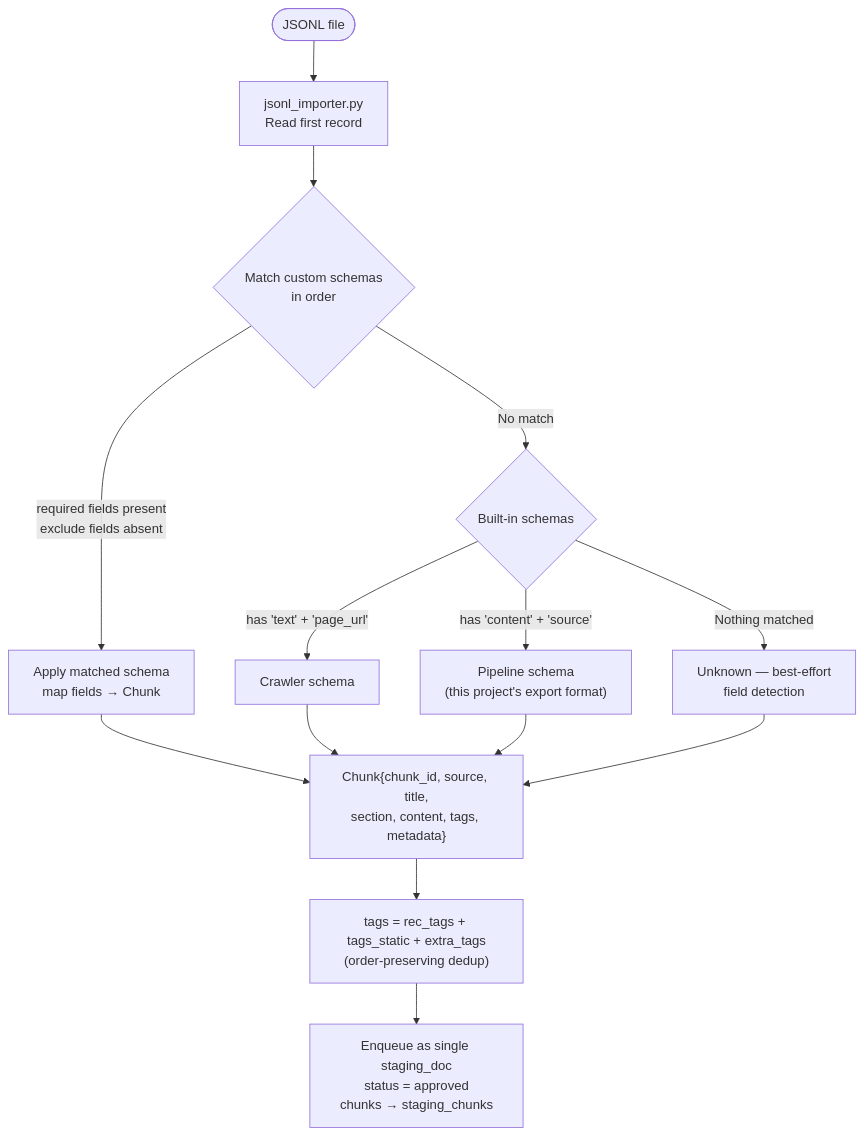
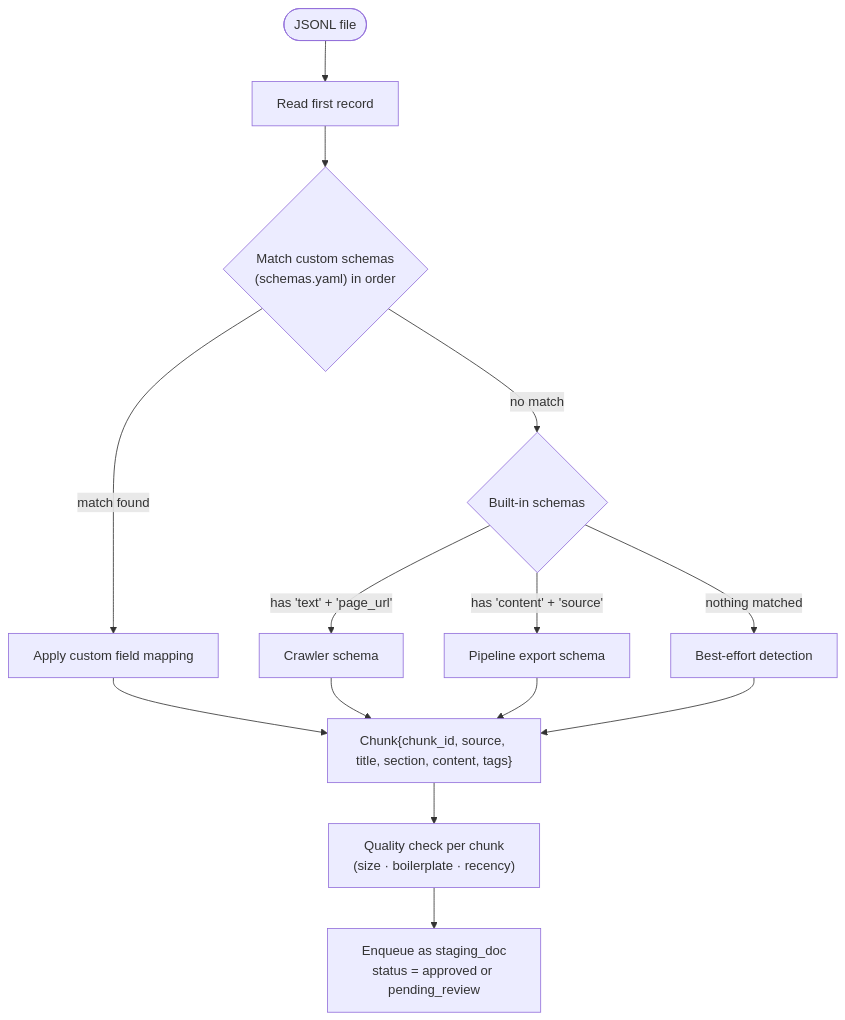
The second of 5 diagrams in docs/corpus-lifecycle.md (aasthapit/knowledge-ingestment-pipeline), drawn with Mermaid before and after one commit. The commit also changed other lines of this file and 18 other files, not shown here.

````diff
--- a/docs/corpus-lifecycle.md
+++ b/docs/corpus-lifecycle.md
@@ -101,16 +61,16 @@
 ```mermaid
 flowchart TD
-    A([JSONL file]) --> B["jsonl_importer.py<br/>Read first record"]
-    B --> C{"Match custom schemas<br/>in order"}
-    C -->|"required fields present<br/>exclude fields absent"| D["Apply matched schema<br/>map fields → Chunk"]
-    C -->|No match| E{Built-in schemas}
-    E -->|"has 'text' + 'page_url'"| F["Crawler schema"]
-    E -->|"has 'content' + 'source'"| G["Pipeline schema<br/>(this project's export format)"]
-    E -->|Nothing matched| H["Unknown — best-effort<br/>field detection"]
-    D --> I["Chunk{chunk_id, source, title,<br/>section, content, tags, metadata}"]
+    A([JSONL file]) --> B["Read first record"]
+    B --> C{"Match custom schemas\n(schemas.yaml) in order"}
+    C -->|match found| D["Apply custom field mapping"]
+    C -->|no match| E{Built-in schemas}
+    E -->|has 'text' + 'page_url'| F["Crawler schema"]
+    E -->|has 'content' + 'source'| G["Pipeline export schema"]
+    E -->|nothing matched| H["Best-effort detection"]
+    D --> I["Chunk{chunk_id, source, title, section, content, tags}"]
     F --> I
     G --> I
     H --> I
-    I --> J["tags = rec_tags + tags_static + extra_tags<br/>(order-preserving dedup)"]
-    J --> K["Enqueue as single staging_doc<br/>status = approved<br/>chunks → staging_chunks"]
+    I --> J["Quality check per chunk\n(size · boilerplate · recency)"]
+    J --> K["Enqueue as staging_doc\nstatus = approved or pending_review"]
 ```
````
